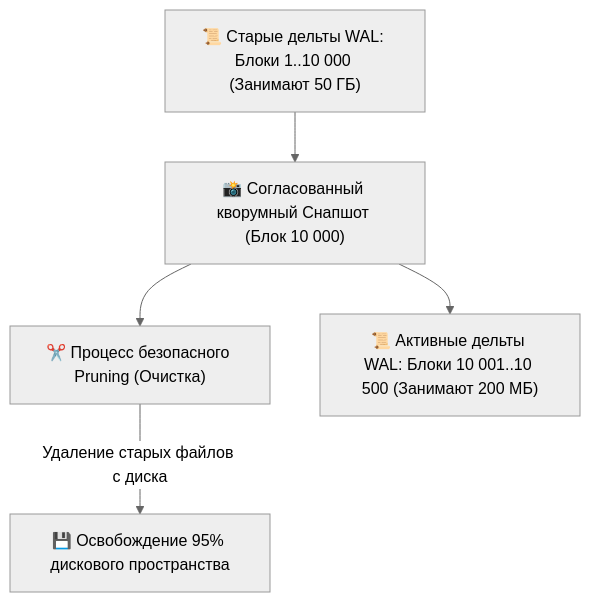
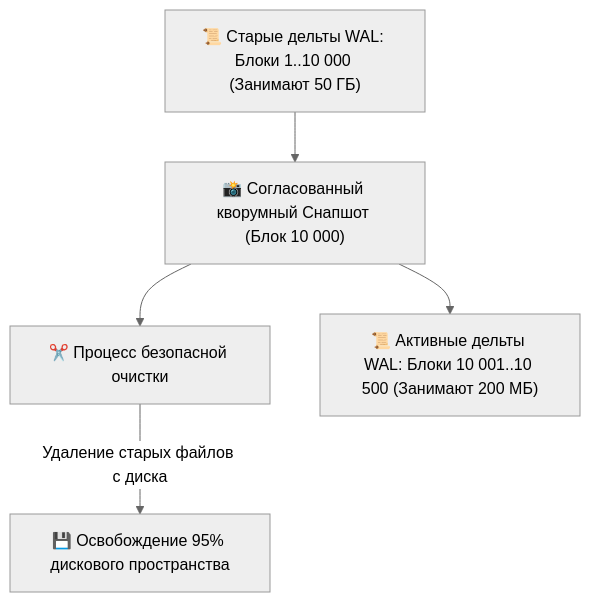
One commit to Data-Independence-Network/presentations changed the tenth of 13 diagrams in architecture_presentations/04_branch_pipeline_and_storage/docs/presentation_deck.md. Above: the diagram before and after it, drawn with Mermaid (neutral theme). The commit also changed other lines of this file and 88 other files, not shown here.

```diff
--- a/architecture_presentations/04_branch_pipeline_and_storage/docs/presentation_deck.md
+++ b/architecture_presentations/04_branch_pipeline_and_storage/docs/presentation_deck.md
@@ -531,12 +531,12 @@
         <div class="mermaid">
 graph TD
     OldLog["📜 Старые дельты WAL: Блоки 1..10 000 (Занимают 50 ГБ)"]
     Snap["📸 Согласованный кворумный Снапшот (Блок 10 000)"]
-    Prune["✂️ Процесс безопасного Pruning (Очистка)"]
+    Prune["✂️ Процесс безопасной очистки"]
     NewLog["📜 Активные дельты WAL: Блоки 10 001..10 500 (Занимают 200 МБ)"]
 
     OldLog --> Snap
     Snap --> Prune
     Prune -->|Удаление старых файлов с диска| Storage["💾 Освобождение 95% дискового пространства"]
     Snap --> NewLog
         </div>
```
